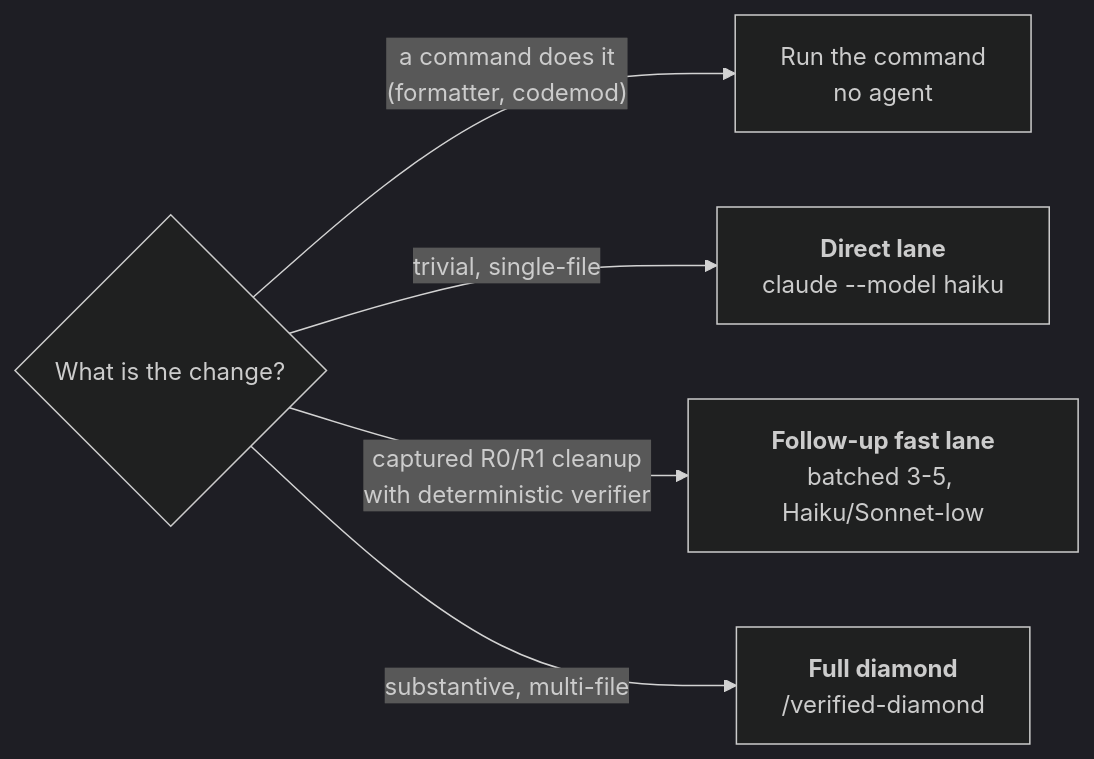
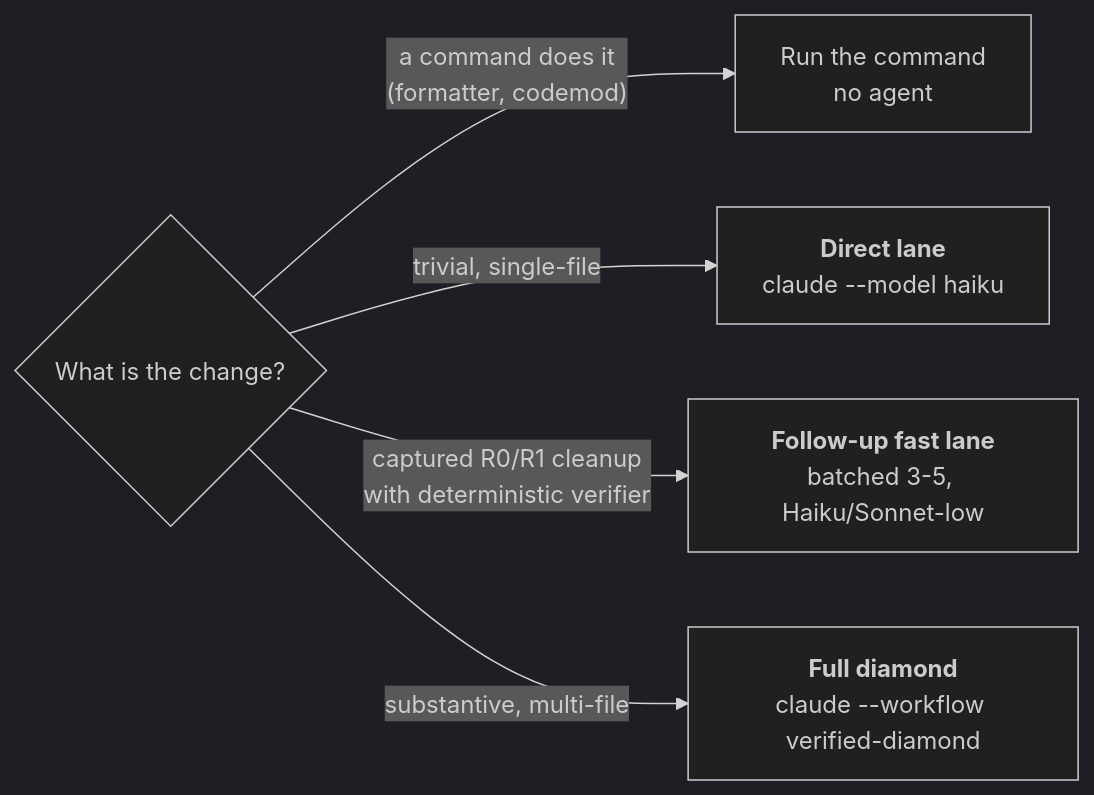
Before and after one commit to tpetrus/claude-code-workflows: the third of 3 diagrams in workflows/verified-diamond/README.md, drawn with Mermaid (dark theme). The commit also changed other lines of this file and 42 other files, not shown here.

````diff
--- a/workflows/verified-diamond/README.md
+++ b/workflows/verified-diamond/README.md
@@ -140,8 +151,8 @@
 ```mermaid
 flowchart LR
     X{"What is the change?"}
     X -->|"a command does it<br/>(formatter, codemod)"| P["Run the command<br/>no agent"]
     X -->|"trivial, single-file"| DL["<b>Direct lane</b><br/>claude --model haiku"]
     X -->|"captured R0/R1 cleanup<br/>with deterministic verifier"| FL["<b>Follow-up fast lane</b><br/>batched 3-5, Haiku/Sonnet-low"]
-    X -->|"substantive, multi-file"| FD["<b>Full diamond</b><br/>/verified-diamond"]
+    X -->|"substantive, multi-file"| FD["<b>Full diamond</b><br/>claude --workflow verified-diamond"]
 ```
````
